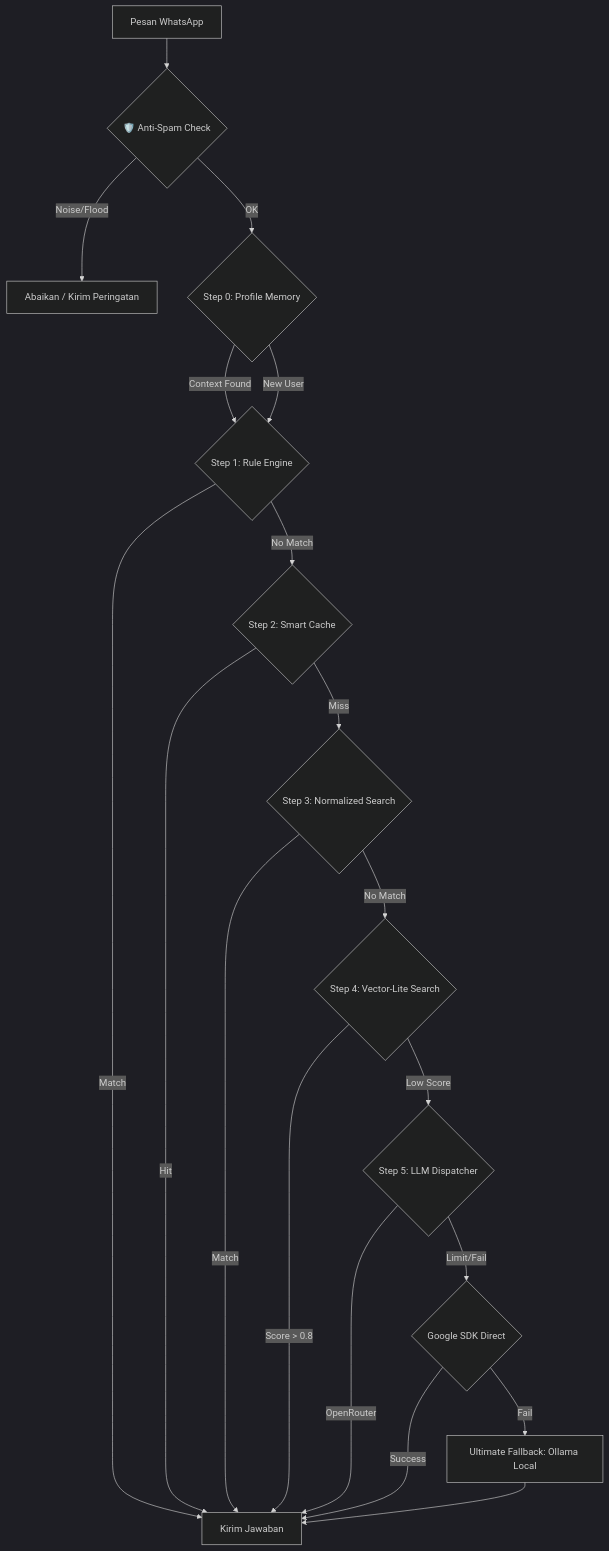
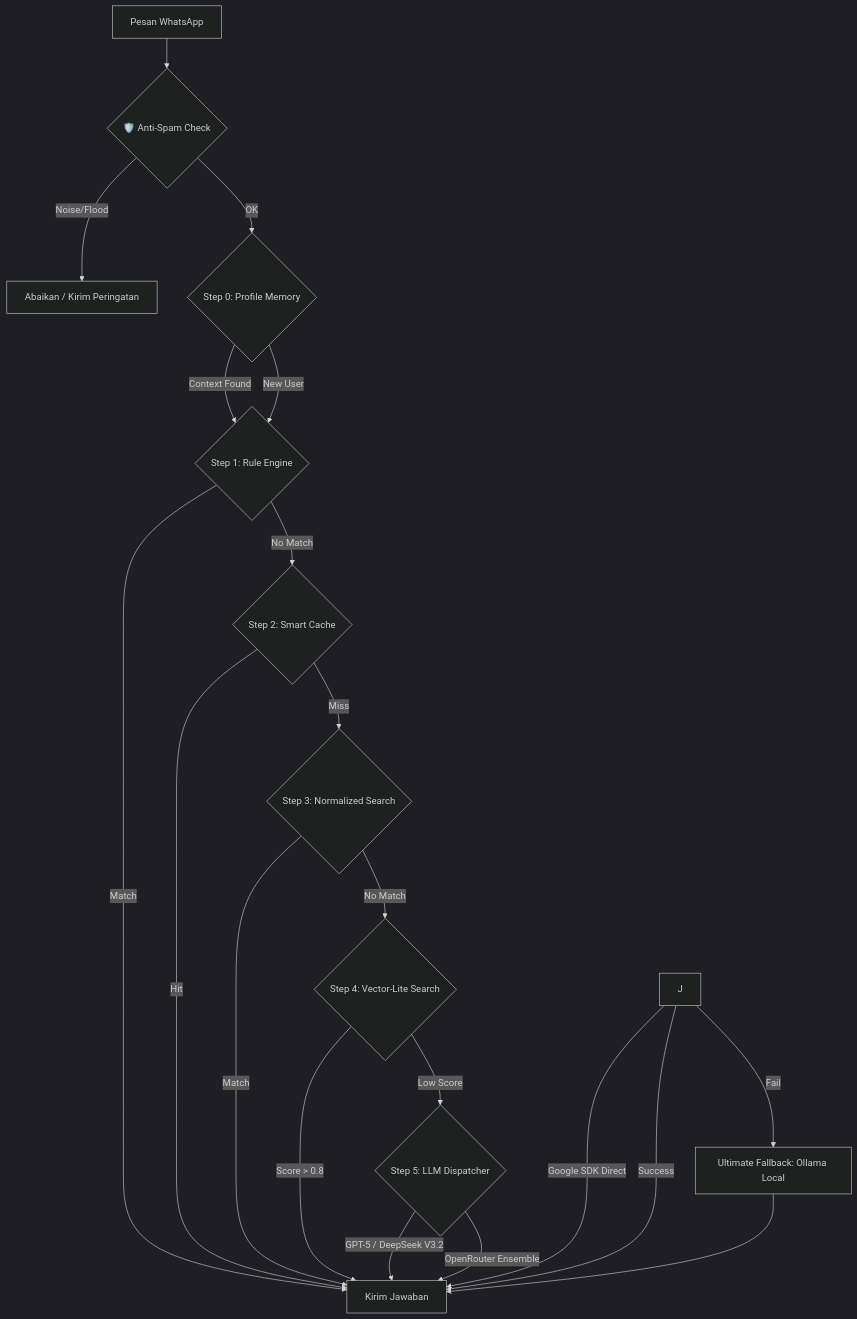
The diagram in README.md (malikamrullah131/ImiBot), drawn with Mermaid (dark theme) before and after one commit. The commit also changed other lines of this file and 8 other files, not shown here.

Commit message:
feat: integrate GPT-5 Nano/Mini and DeepSeek V3.2 into AI dispatcher and update docs

````diff
--- a/README.md
+++ b/README.md
@@ -75,20 +75,21 @@
 ```mermaid
 graph TD
     A[Pesan WhatsApp] --> B{🛡️ Anti-Spam Check}
     B -- Noise/Flood --> Z[Abaikan / Kirim Peringatan]
     B -- OK --> C{Step 0: Profile Memory}
     C -- Context Found --> D{Step 1: Rule Engine}
     C -- New User --> D
     D -- Match --> E[Kirim Jawaban]
     D -- No Match --> F{Step 2: Smart Cache}
     F -- Hit --> E
     F -- Miss --> G{Step 3: Normalized Search}
     G -- Match --> E
     G -- No Match --> H{Step 4: Vector-Lite Search}
     H -- Score > 0.8 --> E
     H -- Low Score --> I{Step 5: LLM Dispatcher}
-    I -- OpenRouter --> E
-    I -- Limit/Fail --> J{Google SDK Direct}
+    I -- GPT-5 / DeepSeek V3.2 --> E
+    I -- OpenRouter Ensemble --> E
+    J -- Google SDK Direct --> E
     J -- Success --> E
     J -- Fail --> K[Ultimate Fallback: Ollama Local] --> E
 ```
````
